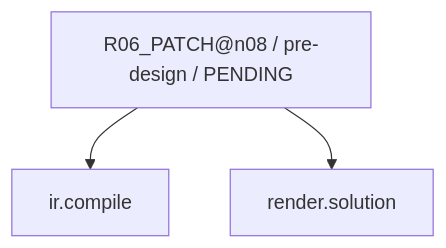
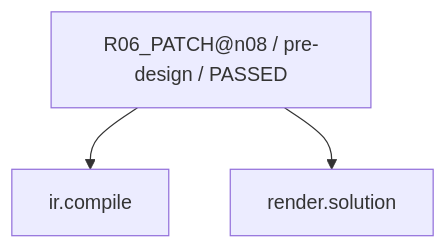
Before and after one commit to rrikunagasige-dot/kyotsu-step-web: the ninth of 17 diagrams in work/items/W-MATH-037-n08-workflow-trial/generated/CAPABILITY_FIRE_DIAGRAM.md, drawn with Mermaid. The commit also changed other lines of this file and 348 other files, not shown here.

````diff
--- a/work/items/W-MATH-037-n08-workflow-trial/generated/CAPABILITY_FIRE_DIAGRAM.md
+++ b/work/items/W-MATH-037-n08-workflow-trial/generated/CAPABILITY_FIRE_DIAGRAM.md
@@ -147,8 +147,8 @@
 ```mermaid
 flowchart TD
-  N0["R06_PATCH@n08 / pre-design / PENDING"]
+  N0["R06_PATCH@n08 / pre-design / PASSED"]
   N1["ir.compile"]
   N2["render.solution"]
   N0 --> N1
   N0 --> N2
 ```
````
